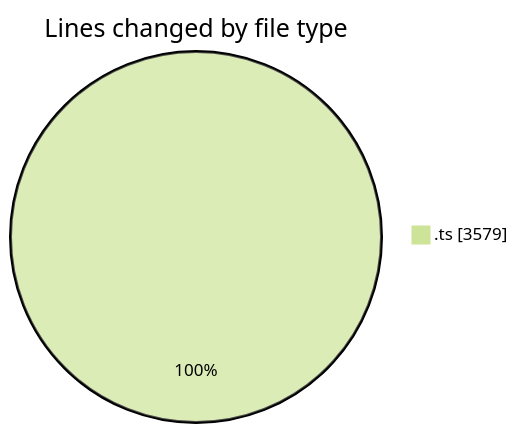
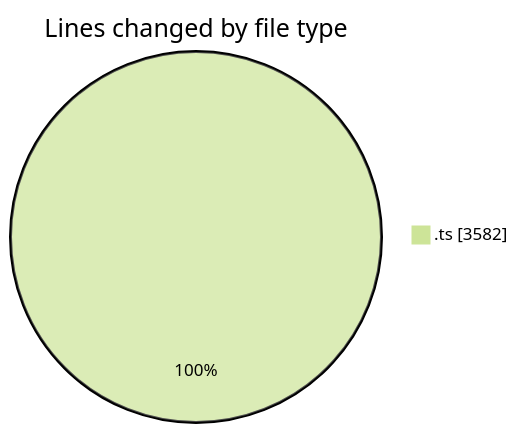
The first of 2 diagrams in 2025-10-23/cda/README.md (momahboobian/code-tracking), drawn with Mermaid (forest theme) before and after one commit. The commit also changed other lines of this file and 1 other file, not shown here.

````diff
--- a/2025-10-23/cda/README.md
+++ b/2025-10-23/cda/README.md
@@ -24,5 +24,5 @@
 ```mermaid
 pie showData
 title Lines changed by file type
-".ts" : 3579
+".ts" : 3582
 ```
````
